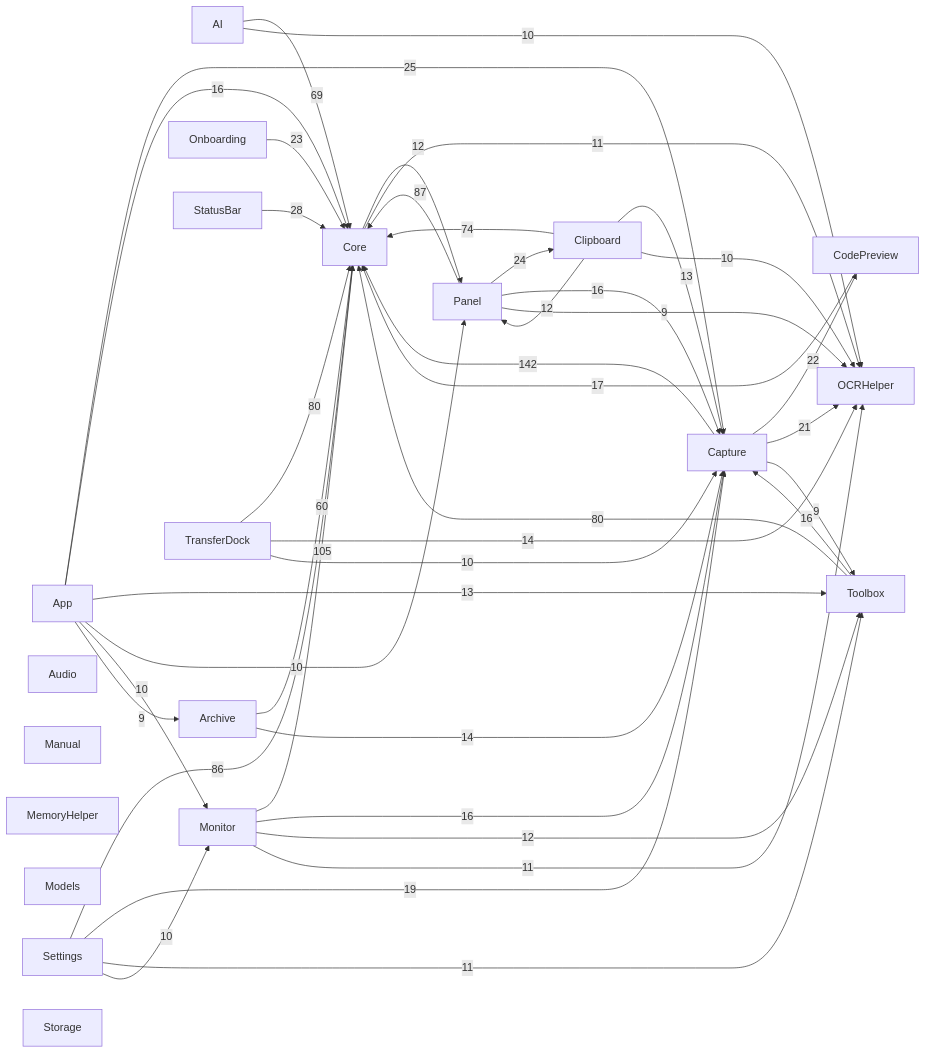
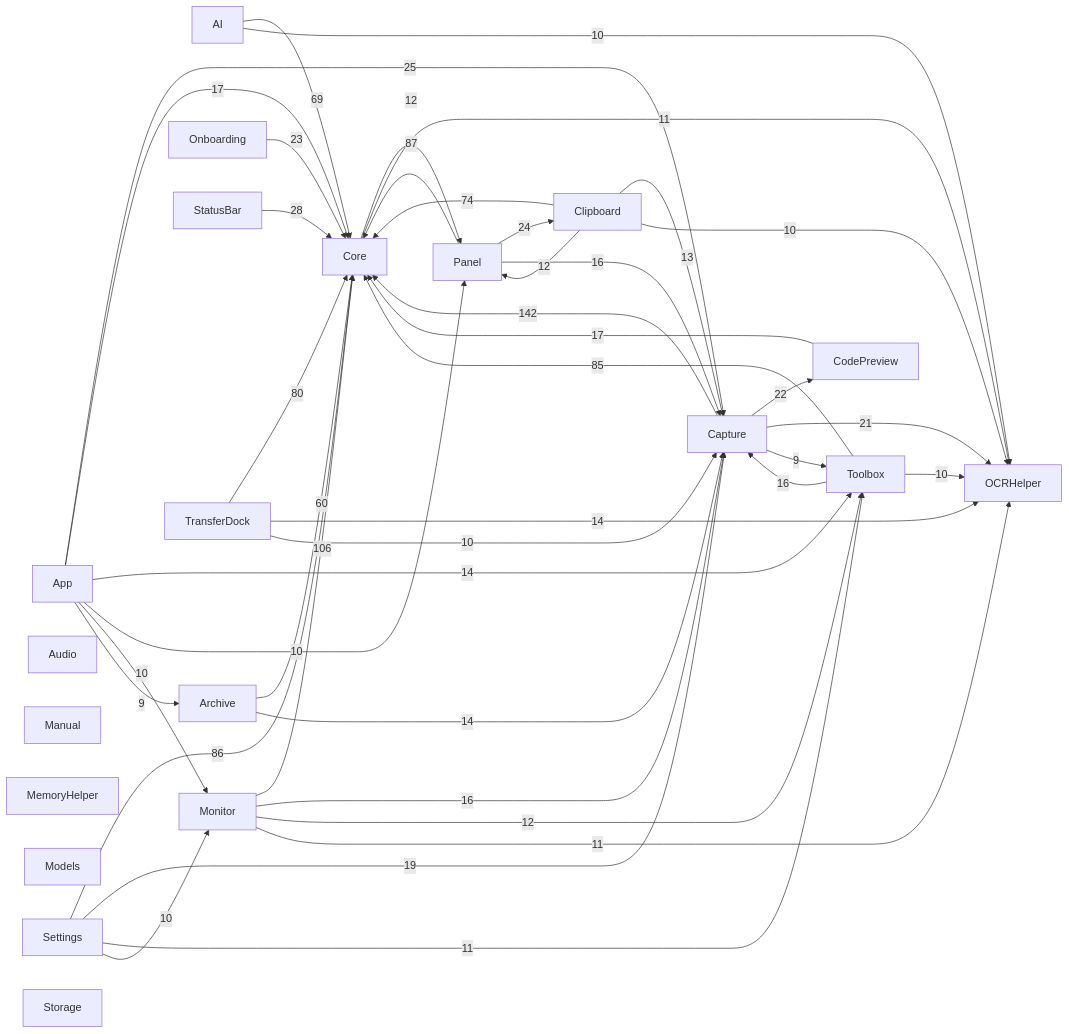
One commit to sxyq/Kitnest changed the diagram in docs/00-总览/模块依赖图.md. Above: the diagram before and after it, drawn with Mermaid. The commit also changed other lines of this file and 11 other files, not shown here.

````diff
--- a/docs/00-总览/模块依赖图.md
+++ b/docs/00-总览/模块依赖图.md
@@ -34,63 +34,63 @@
 ```mermaid
 flowchart LR
   M0["AI"]
   M1["App"]
   M2["Archive"]
   M3["Audio"]
   M4["Capture"]
   M5["Clipboard"]
   M6["CodePreview"]
   M7["Core"]
   M8["Manual"]
   M9["MemoryHelper"]
   M10["Models"]
   M11["Monitor"]
   M12["OCRHelper"]
   M13["Onboarding"]
   M14["Panel"]
   M15["Settings"]
   M16["StatusBar"]
   M17["Storage"]
   M18["Toolbox"]
   M19["TransferDock"]
   M4 -->|142| M7
-  M11 -->|105| M7
+  M11 -->|106| M7
   M14 -->|87| M7
   M15 -->|86| M7
-  M18 -->|80| M7
+  M18 -->|85| M7
   M19 -->|80| M7
   M5 -->|74| M7
   M0 -->|69| M7
   M2 -->|60| M7
   M16 -->|28| M7
   M1 -->|25| M4
   M14 -->|24| M5
   M13 -->|23| M7
   M4 -->|22| M6
   M4 -->|21| M12
   M15 -->|19| M4
+  M1 -->|17| M7
   M6 -->|17| M7
-  M1 -->|16| M7
   M11 -->|16| M4
   M14 -->|16| M4
   M18 -->|16| M4
+  M1 -->|14| M18
   M2 -->|14| M4
   M19 -->|14| M12
-  M1 -->|13| M18
   M5 -->|13| M4
   M7 -->|12| M14
   M11 -->|12| M18
   M5 -->|12| M14
   M7 -->|11| M12
   M15 -->|11| M18
   M11 -->|11| M12
   M1 -->|10| M14
   M1 -->|10| M11
   M15 -->|10| M11
   M0 -->|10| M12
+  M18 -->|10| M12
   M19 -->|10| M4
   M5 -->|10| M12
   M1 -->|9| M2
   M4 -->|9| M18
-  M14 -->|9| M12
 ```
````
